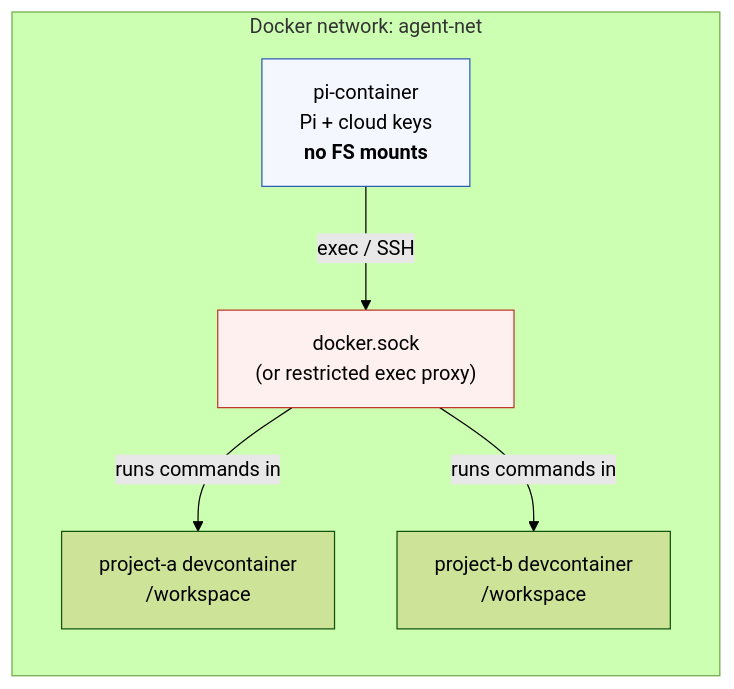
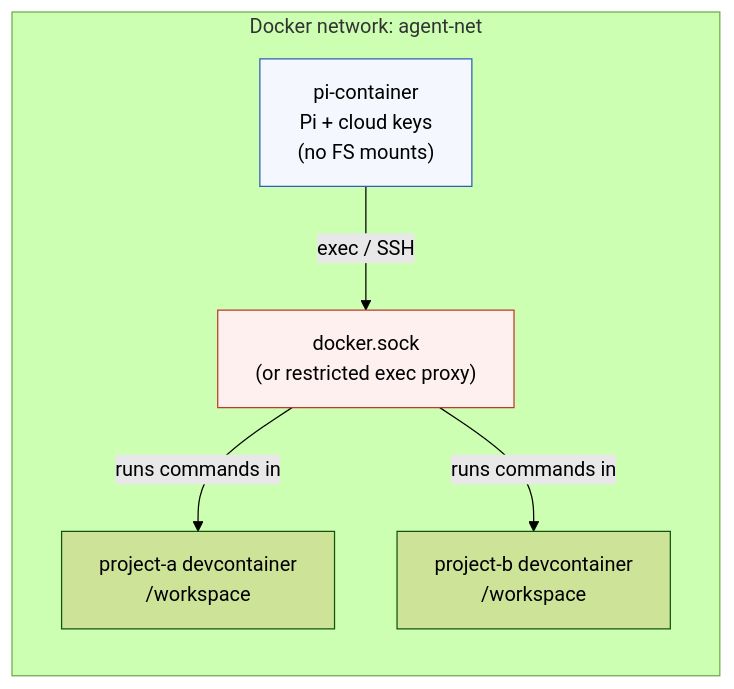
The third of 3 diagrams in docs/alternatives.md (kieranpotts/genie), drawn with Mermaid (forest theme) before and after one commit. The commit also changed other lines of this file and 5 other files, not shown here.

````diff
--- a/docs/alternatives.md
+++ b/docs/alternatives.md
@@ -53,16 +56,16 @@
   ```mermaid
   flowchart LR
     subgraph net["Docker network: agent-net"]
-      pi["pi-container<br/>Pi + cloud keys<br/><b>no FS mounts</b>"]
+      pi["pi-container<br/>Pi + cloud keys<br/>(no FS mounts)"]
       sock["docker.sock<br/>(or restricted exec proxy)"]
       dca["project-a devcontainer<br/>/workspace"]
       dcb["project-b devcontainer<br/>/workspace"]
       pi -->|"exec / SSH"| sock
       sock -->|"runs commands in"| dca
       sock -->|"runs commands in"| dcb
     end
     classDef agent fill:#f5f7ff,stroke:#2c5fb3,color:#000;
     classDef danger fill:#fff0f0,stroke:#c0392b,color:#000;
     class pi agent;
     class sock danger;
   ```
````
